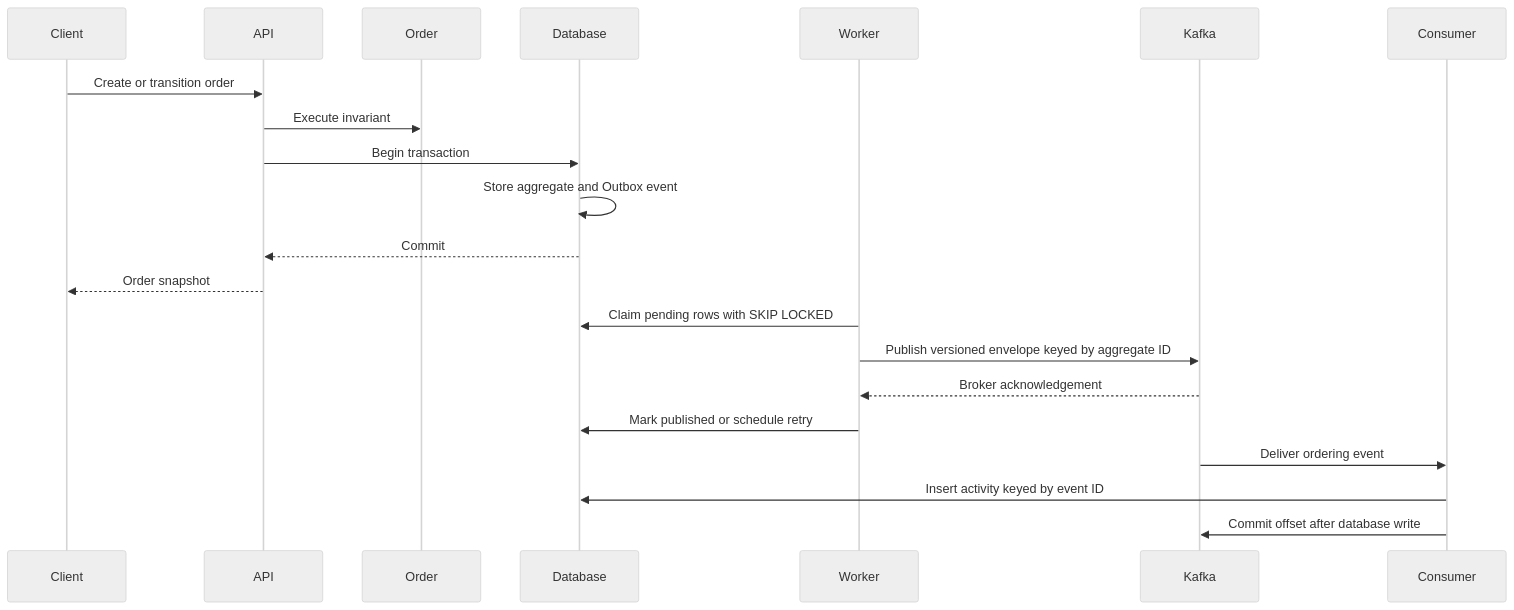
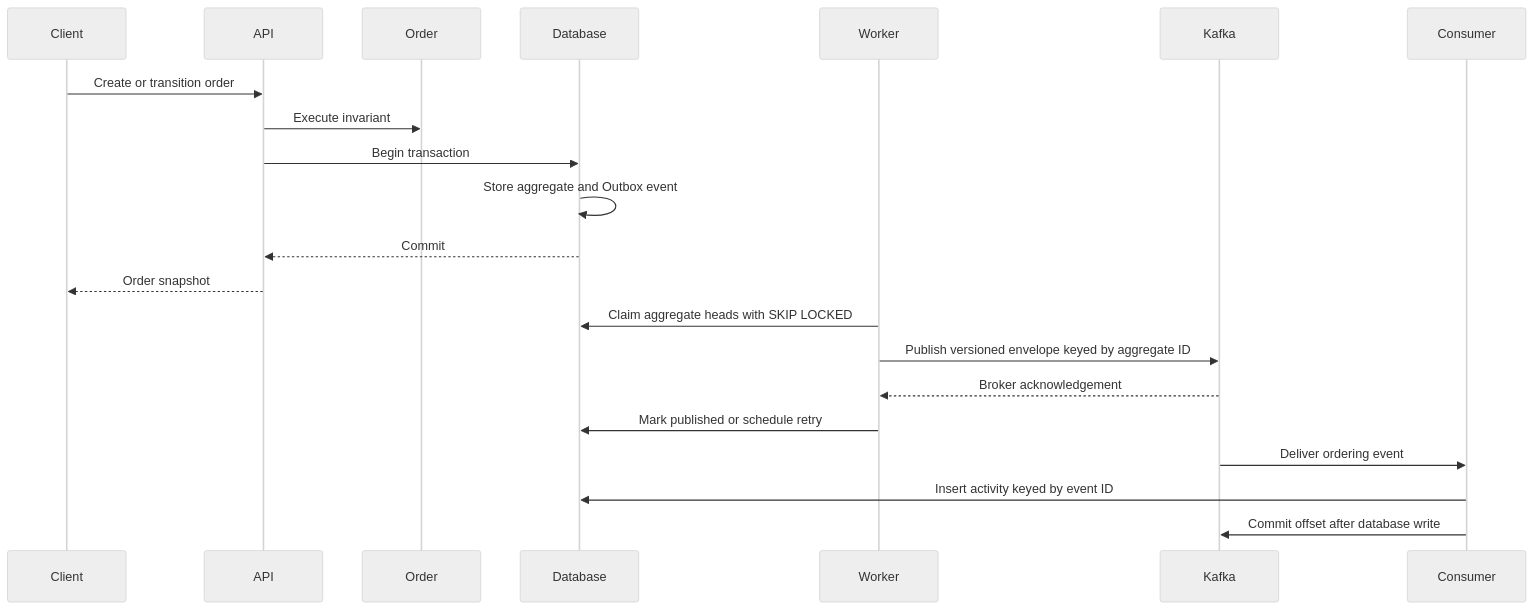
Before and after one commit to hyojii00/afds-nest-starter: the second of 2 diagrams in docs/arch/system.md, drawn with Mermaid (neutral theme). The commit also changed other lines of this file and 8 other files, not shown here.

````diff
--- a/docs/arch/system.md
+++ b/docs/arch/system.md
@@ -23,23 +23,23 @@
 ```mermaid
 sequenceDiagram
   participant Client
   participant API
   participant Order
   participant Database
   participant Worker
   participant Kafka
   participant Consumer
   Client->>API: Create or transition order
   API->>Order: Execute invariant
   API->>Database: Begin transaction
   Database->>Database: Store aggregate and Outbox event
   Database-->>API: Commit
   API-->>Client: Order snapshot
-  Worker->>Database: Claim pending rows with SKIP LOCKED
+  Worker->>Database: Claim aggregate heads with SKIP LOCKED
   Worker->>Kafka: Publish versioned envelope keyed by aggregate ID
   Kafka-->>Worker: Broker acknowledgement
   Worker->>Database: Mark published or schedule retry
   Kafka->>Consumer: Deliver ordering event
   Consumer->>Database: Insert activity keyed by event ID
   Consumer->>Kafka: Commit offset after database write
 ```
````
